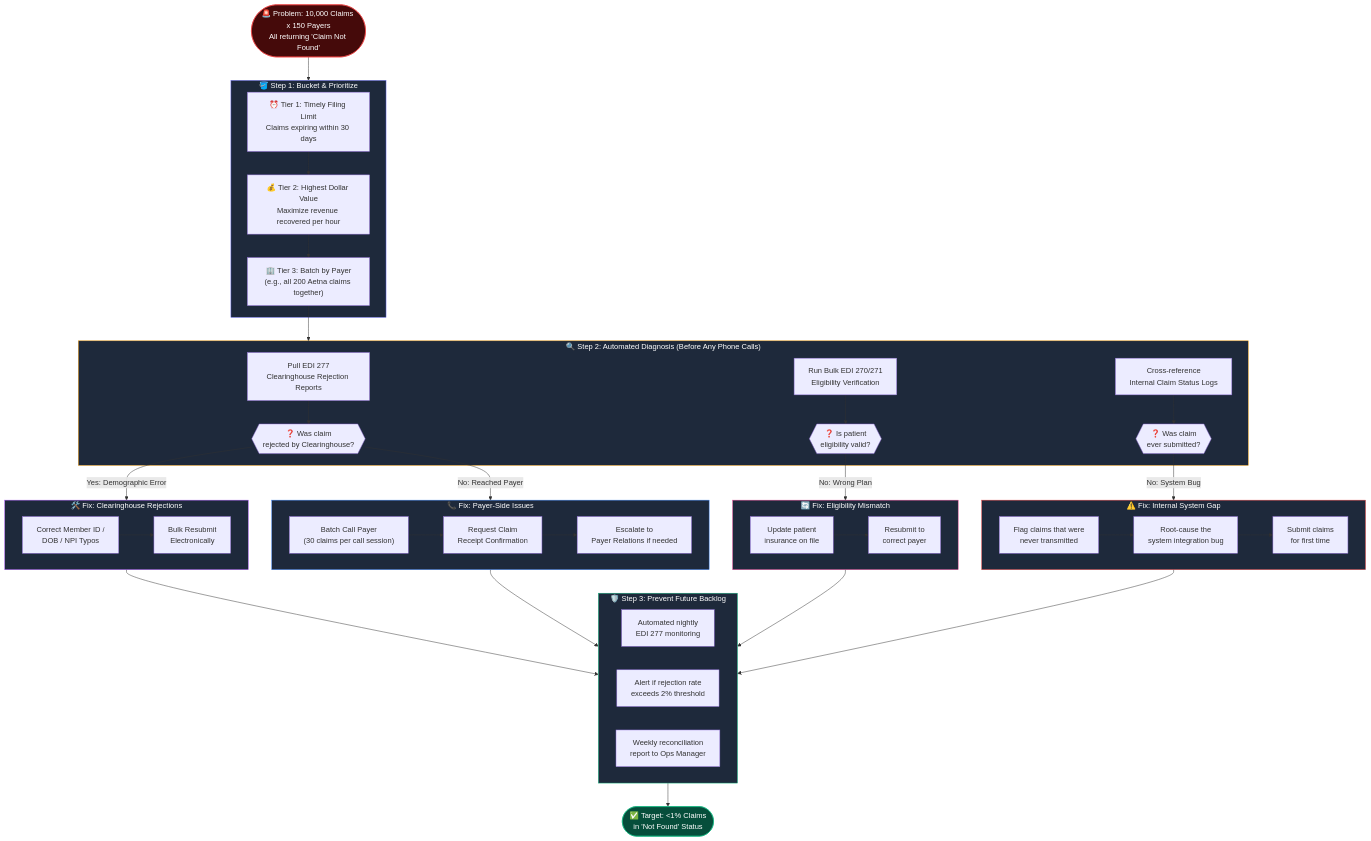
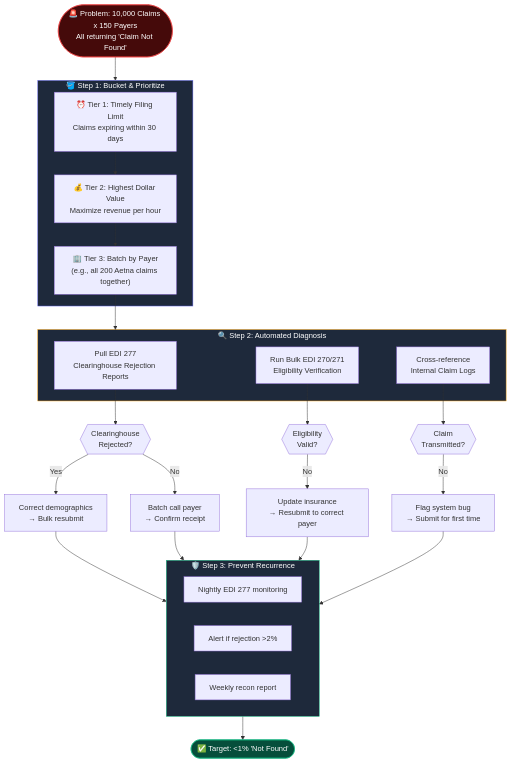
One commit to Syeed7682/Augmedix-Central-Operations-Case-Study changed the third of 4 diagrams in Report/Thought_Process.md. Above: the diagram before and after it, drawn with Mermaid. The commit also changed other lines of this file, not shown here.

Commit message:
Rewrite Thought_Process.md as formal project report with tables, numbered sections, and structured rationale

````diff
--- a/Report/Thought_Process.md
+++ b/Report/Thought_Process.md
@@ -219,79 +281,46 @@
 ```mermaid
 flowchart TD
     START(["🚨 Problem: 10,000 Claims x 150 Payers\nAll returning 'Claim Not Found'"])
 
     START --> STEP1
 
     subgraph STEP1 ["🪣 Step 1: Bucket & Prioritize"]
         B1["⏰ Tier 1: Timely Filing Limit\nClaims expiring within 30 days"]
-        B2["💰 Tier 2: Highest Dollar Value\nMaximize revenue recovered per hour"]
+        B2["💰 Tier 2: Highest Dollar Value\nMaximize revenue per hour"]
         B3["🏢 Tier 3: Batch by Payer\n(e.g., all 200 Aetna claims together)"]
         B1 --> B2 --> B3
     end
 
     B3 --> STEP2
 
-    subgraph STEP2 ["🔍 Step 2: Automated Diagnosis (Before Any Phone Calls)"]
+    subgraph STEP2 ["🔍 Step 2: Automated Diagnosis"]
         D1["Pull EDI 277\nClearinghouse Rejection Reports"]
         D2["Run Bulk EDI 270/271\nEligibility Verification"]
-        D3["Cross-reference\nInternal Claim Status Logs"]
-        D1 --> RESULT1
-        D2 --> RESULT2
-        D3 --> RESULT3
+        D3["Cross-reference\nInternal Claim Logs"]
     end
 
-    RESULT1{{"❓ Was claim\nrejected by Clearinghouse?"}}
-    RESULT2{{"❓ Is patient\neligibility valid?"}}
-    RESULT3{{"❓ Was claim\never submitted?"}}
+    D1 --> R1{{"Clearinghouse\nRejected?"}}
+    D2 --> R2{{"Eligibility\nValid?"}}
+    D3 --> R3{{"Claim\nTransmitted?"}}
 
-    RESULT1 -->|"Yes: Demographic Error"| FIX1
-    RESULT1 -->|"No: Reached Payer"| FIX2
-    RESULT2 -->|"No: Wrong Plan"| FIX3
-    RESULT3 -->|"No: System Bug"| FIX4
-
-    subgraph FIX1 ["🛠️ Fix: Clearinghouse Rejections"]
-        F1A["Correct Member ID /\nDOB / NPI Typos"]
-        F1B["Bulk Resubmit\nElectronically"]
-        F1A --> F1B
-    end
-
-    subgraph FIX2 ["📞 Fix: Payer-Side Issues"]
-        F2A["Batch Call Payer\n(30 claims per call session)"]
-        F2B["Request Claim\nReceipt Confirmation"]
-        F2C["Escalate to\nPayer Relations if needed"]
-        F2A --> F2B --> F2C
-    end
-
-    subgraph FIX3 ["🔄 Fix: Eligibility Mismatch"]
-        F3A["Update patient\ninsurance on file"]
-        F3B["Resubmit to\ncorrect payer"]
-        F3A --> F3B
-    end
-
-    subgraph FIX4 ["⚠️ Fix: Internal System Gap"]
-        F4A["Flag claims that were\nnever transmitted"]
-        F4B["Root-cause the\nsystem integration bug"]
-        F4C["Submit claims\nfor first time"]
-        F4A --> F4B --> F4C
-    end
+    R1 -->|"Yes"| FIX1["Correct demographics\n→ Bulk resubmit"]
+    R1 -->|"No"| FIX2["Batch call payer\n→ Confirm receipt"]
+    R2 -->|"No"| FIX3["Update insurance\n→ Resubmit to correct payer"]
+    R3 -->|"No"| FIX4["Flag system bug\n→ Submit for first time"]
 
     FIX1 & FIX2 & FIX3 & FIX4 --> PREVENT
 
-    subgraph PREVENT ["🛡️ Step 3: Prevent Future Backlog"]
-        P1["Automated nightly\nEDI 277 monitoring"]
-        P2["Alert if rejection rate\nexceeds 2% threshold"]
-        P3["Weekly reconciliation\nreport to Ops Manager"]
+    subgraph PREVENT ["🛡️ Step 3: Prevent Recurrence"]
+        P1["Nightly EDI 277 monitoring"]
+        P2["Alert if rejection >2%"]
+        P3["Weekly recon report"]
     end
 
-    PREVENT --> GOAL(["✅ Target: <1% Claims\nin 'Not Found' Status"])
+    PREVENT --> GOAL(["✅ Target: <1% 'Not Found'"])
 
     style START fill:#450a0a,stroke:#ef4444,color:#fff
     style GOAL fill:#064e3b,stroke:#10b981,color:#fff
     style STEP1 fill:#1e293b,stroke:#6366f1,color:#fff
     style STEP2 fill:#1e293b,stroke:#f59e0b,color:#fff
-    style FIX1 fill:#1e293b,stroke:#a855f7,color:#fff
-    style FIX2 fill:#1e293b,stroke:#3b82f6,color:#fff
-    style FIX3 fill:#1e293b,stroke:#ec4899,color:#fff
-    style FIX4 fill:#1e293b,stroke:#ef4444,color:#fff
     style PREVENT fill:#1e293b,stroke:#10b981,color:#fff
 ```
````
